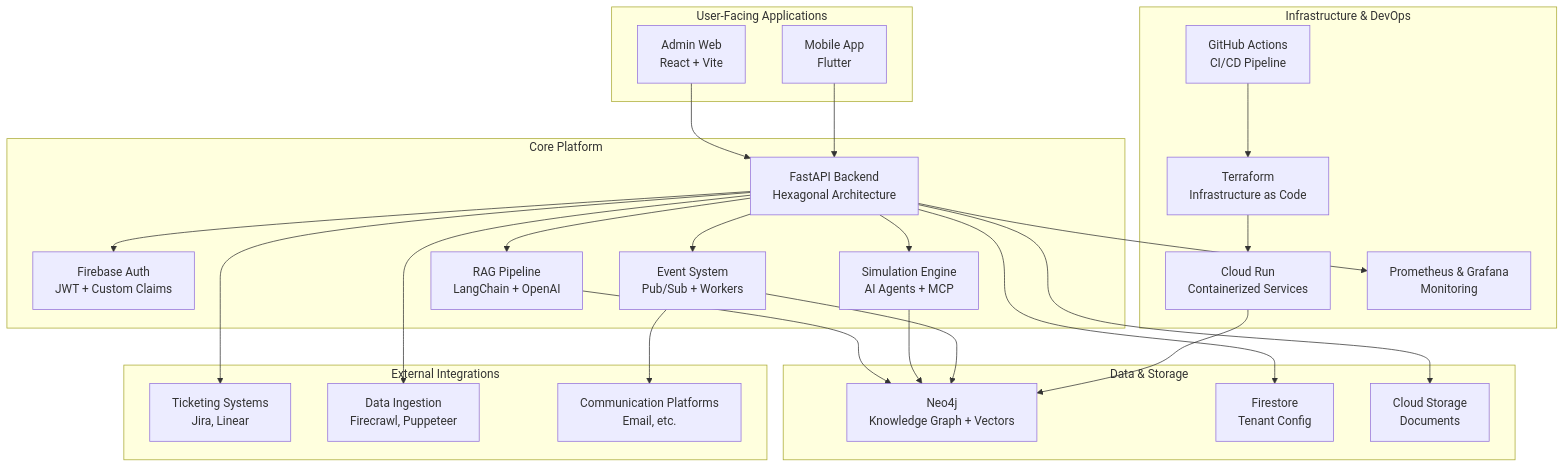
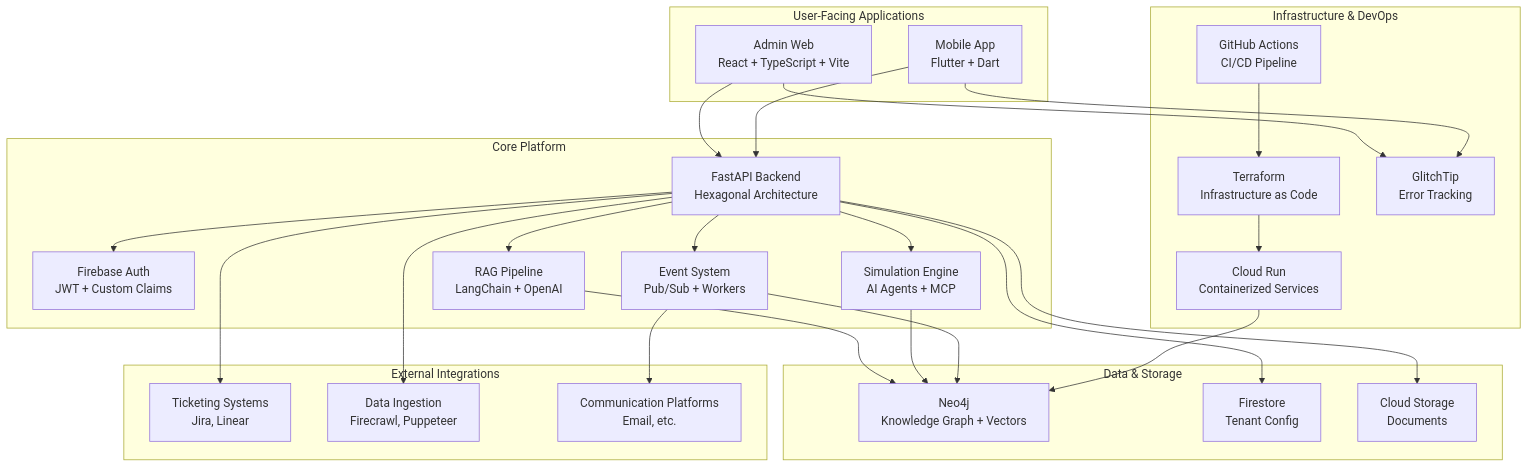
One commit to kpernyer/living-twin-monorep changed the first of 2 diagrams in docs/ARCHITECTURE.md. Above: the diagram before and after it, drawn with Mermaid. The commit also changed other lines of this file and 48 other files, not shown here.

````diff
--- a/docs/ARCHITECTURE.md
+++ b/docs/ARCHITECTURE.md
@@ -21,53 +22,54 @@
 ```mermaid
 graph TB
     subgraph "User-Facing Applications"
-        WEB[Admin Web<br/>React + Vite]
-        MOBILE[Mobile App<br/>Flutter]
+        WEB[Admin Web<br/>React + TypeScript + Vite]
+        MOBILE[Mobile App<br/>Flutter + Dart]
     end
 
     subgraph "Core Platform"
         API[FastAPI Backend<br/>Hexagonal Architecture]
         AUTH[Firebase Auth<br/>JWT + Custom Claims]
         RAG[RAG Pipeline<br/>LangChain + OpenAI]
         SIM[Simulation Engine<br/>AI Agents + MCP]
         EVENTS[Event System<br/>Pub/Sub + Workers]
     end
 
     subgraph "Data & Storage"
         NEO4J[Neo4j<br/>Knowledge Graph + Vectors]
         FIRESTORE[Firestore<br/>Tenant Config]
         GCS[Cloud Storage<br/>Documents]
     end
 
     subgraph "Infrastructure & DevOps"
         CLOUDRUN[Cloud Run<br/>Containerized Services]
         TERRAFORM[Terraform<br/>Infrastructure as Code]
         GITHUB[GitHub Actions<br/>CI/CD Pipeline]
-        PROMETHEUS[Prometheus & Grafana<br/>Monitoring]
+        GLITCHTIP[GlitchTip<br/>Error Tracking]
     end
 
     subgraph "External Integrations"
         TICKETING[Ticketing Systems<br/>Jira, Linear]
         DATA_INGESTION[Data Ingestion<br/>Firecrawl, Puppeteer]
         COMM_PLATFORMS[Communication Platforms<br/>Email, etc.]
     end
 
     WEB --> API
     MOBILE --> API
     API --> AUTH
     API --> RAG
     API --> SIM
     API --> EVENTS
     RAG --> NEO4J
     SIM --> NEO4J
     EVENTS --> NEO4J
     API --> FIRESTORE
     API --> GCS
     CLOUDRUN --> NEO4J
     TERRAFORM --> CLOUDRUN
     GITHUB --> TERRAFORM
-    API --> PROMETHEUS
+    WEB --> GLITCHTIP
+    MOBILE --> GLITCHTIP
     API --> TICKETING
     API --> DATA_INGESTION
     EVENTS --> COMM_PLATFORMS
 ```
````
